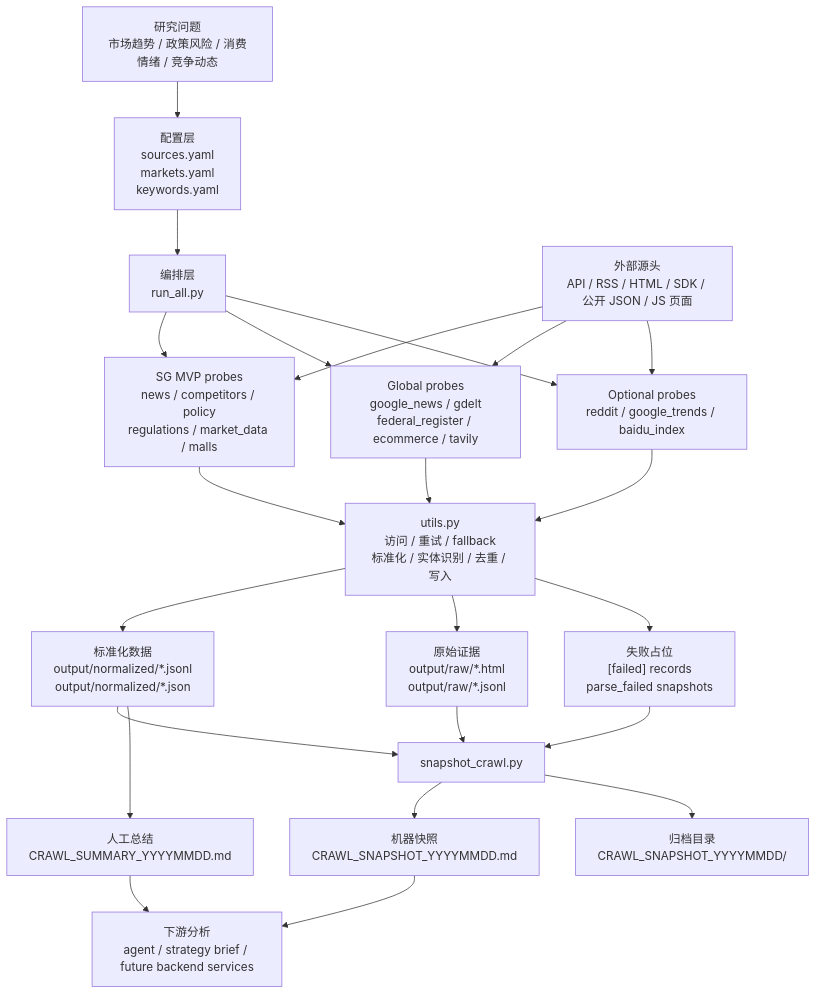
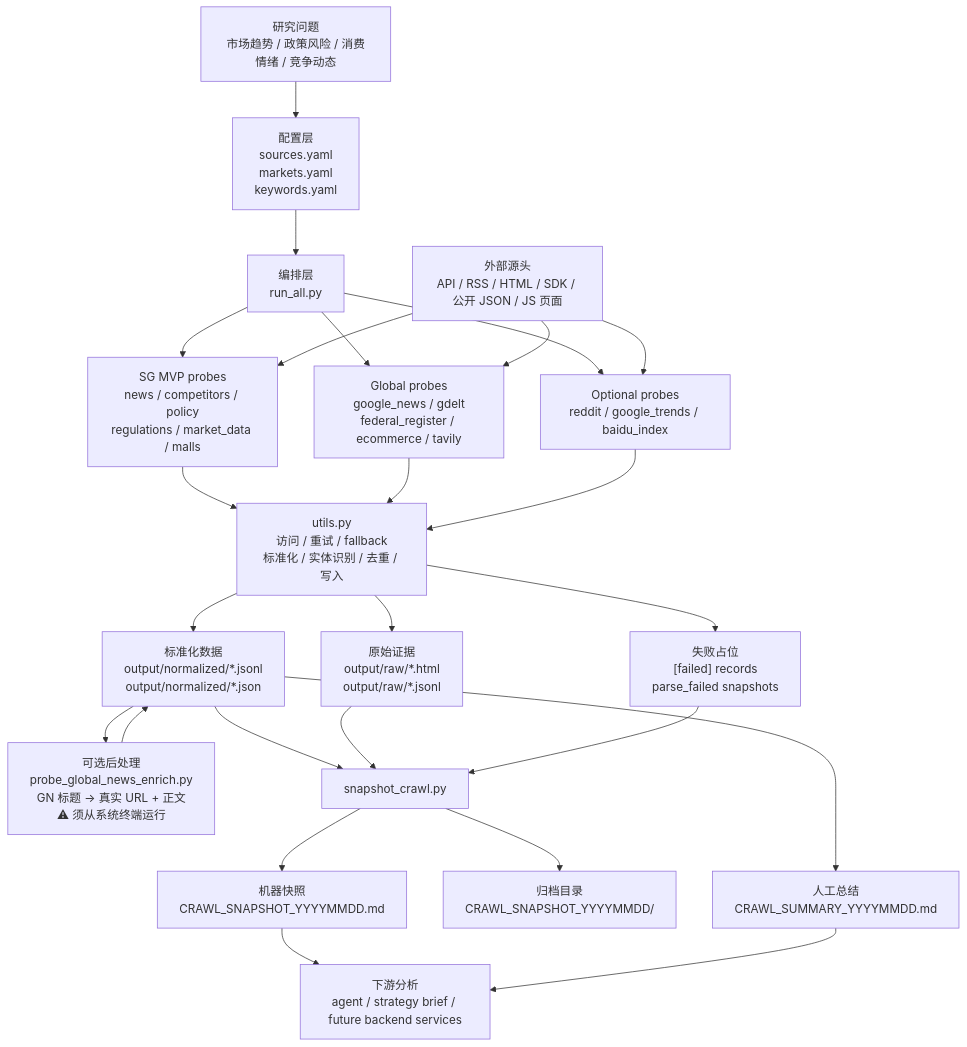
The diagram in data_probe/ARCHITECTURE.md (CheukYuen/Aurum-Radar), drawn with Mermaid before and after one commit. The commit also changed 2 other files, not shown here.

Commit message:
Enhance data_probe documentation and introduce Google News enrichment script
- Updated `ARCHITECTURE.md` to include optional post-processing for Google News data enrichment.
- Revised `CLAUDE.md` to clarify the data_probe's capabilities and structure, including improved descriptions and formatting.
- Added `probe_global_news_enrich.py` script to enrich Google News RSS records by resolving URLs and fetching article text, enhancing data quality and usability.

These changes improve the overall functionality and documentation of the data_probe, facilitating better data collection and processing.

````diff
--- a/data_probe/ARCHITECTURE.md
+++ b/data_probe/ARCHITECTURE.md
@@ -49,33 +49,36 @@
 ```mermaid
 flowchart TD
     Q["研究问题<br/>市场趋势 / 政策风险 / 消费情绪 / 竞争动态"] --> C["配置层<br/>sources.yaml<br/>markets.yaml<br/>keywords.yaml"]
 
     C --> R["编排层<br/>run_all.py"]
 
     R --> L["SG MVP probes<br/>news / competitors / policy<br/>regulations / market_data / malls"]
     R --> G["Global probes<br/>google_news / gdelt<br/>federal_register / ecommerce / tavily"]
     R --> O["Optional probes<br/>reddit / google_trends / baidu_index"]
 
     EXT["外部源头<br/>API / RSS / HTML / SDK / 公开 JSON / JS 页面"] --> L
     EXT --> G
     EXT --> O
 
     L --> U["utils.py<br/>访问 / 重试 / fallback<br/>标准化 / 实体识别 / 去重 / 写入"]
     G --> U
     O --> U
 
     U --> N["标准化数据<br/>output/normalized/*.jsonl<br/>output/normalized/*.json"]
     U --> RAW["原始证据<br/>output/raw/*.html<br/>output/raw/*.jsonl"]
     U --> FAIL["失败占位<br/>[failed] records<br/>parse_failed snapshots"]
 
+    N --> E["可选后处理<br/>probe_global_news_enrich.py<br/>GN 标题 → 真实 URL + 正文<br/>⚠ 须从系统终端运行"]
+    E --> N
+
     N --> S["snapshot_crawl.py"]
     RAW --> S
     FAIL --> S
 
     S --> SNAP["机器快照<br/>CRAWL_SNAPSHOT_YYYYMMDD.md"]
     S --> ARCHIVE["归档目录<br/>CRAWL_SNAPSHOT_YYYYMMDD/"]
     N --> SUMMARY["人工总结<br/>CRAWL_SUMMARY_YYYYMMDD.md"]
 
     SNAP --> A["下游分析<br/>agent / strategy brief / future backend services"]
     SUMMARY --> A
 ```
````
